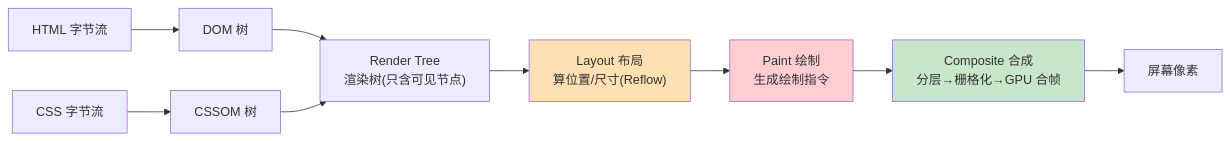
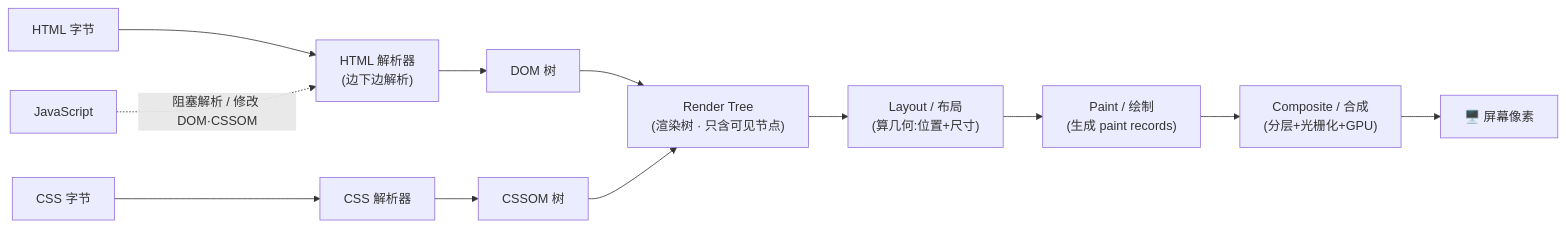
The first of 4 diagrams in 18-browser-principles/03-rendering-pipeline/README.md (boyley/frontend-learning), drawn with Mermaid before and after one commit. The commit also changed other lines of this file and 35 other files, not shown here.

````diff
--- a/18-browser-principles/03-rendering-pipeline/README.md
+++ b/18-browser-principles/03-rendering-pipeline/README.md
@@ -36,15 +97,14 @@
 ```mermaid
 flowchart LR
-    HTML["HTML 字节流"] --> DOM["DOM 树"]
-    CSS["CSS 字节流"] --> CSSOM["CSSOM 树"]
-    DOM --> RT["Render Tree<br/>渲染树(只含可见节点)"]
+    HTML["HTML 字节"] --> Parse["HTML 解析器<br/>(边下边解析)"]
+    Parse --> DOM["DOM 树"]
+    CSS["CSS 字节"] --> CSSParse["CSS 解析器"]
+    CSSParse --> CSSOM["CSSOM 树"]
+    DOM --> RT["Render Tree<br/>(渲染树 · 只含可见节点)"]
     CSSOM --> RT
-    RT --> LAYOUT["Layout 布局<br/>算位置/尺寸(Reflow)"]
-    LAYOUT --> PAINT["Paint 绘制<br/>生成绘制指令"]
-    PAINT --> COMPOSITE["Composite 合成<br/>分层→栅格化→GPU 合帧"]
-    COMPOSITE --> SCREEN["屏幕像素"]
-
-    style LAYOUT fill:#ffe0b2
-    style PAINT fill:#ffcdd2
-    style COMPOSITE fill:#c8e6c9
+    RT --> Layout["Layout / 布局<br/>(算几何:位置+尺寸)"]
+    Layout --> Paint["Paint / 绘制<br/>(生成 paint records)"]
+    Paint --> Composite["Composite / 合成<br/>(分层+光栅化+GPU)"]
+    Composite --> Screen["🖥️ 屏幕像素"]
+    JS["JavaScript"] -. "阻塞解析 / 修改 DOM·CSSOM" .-> Parse
 ```
````
